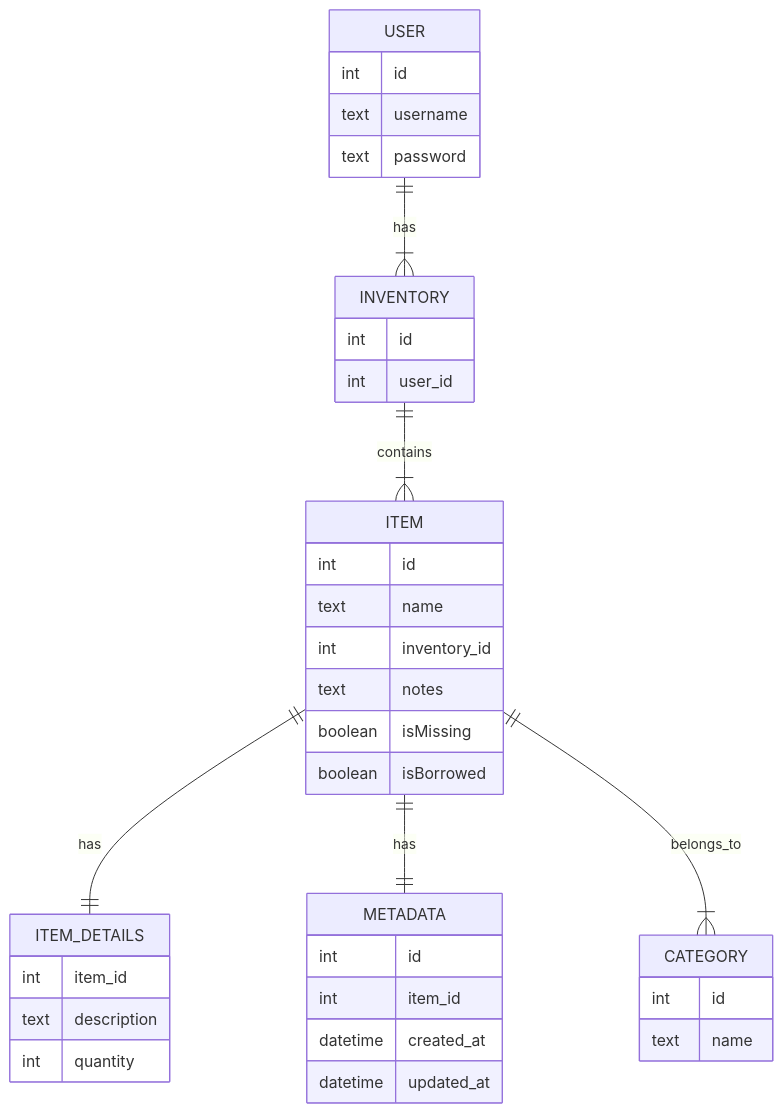
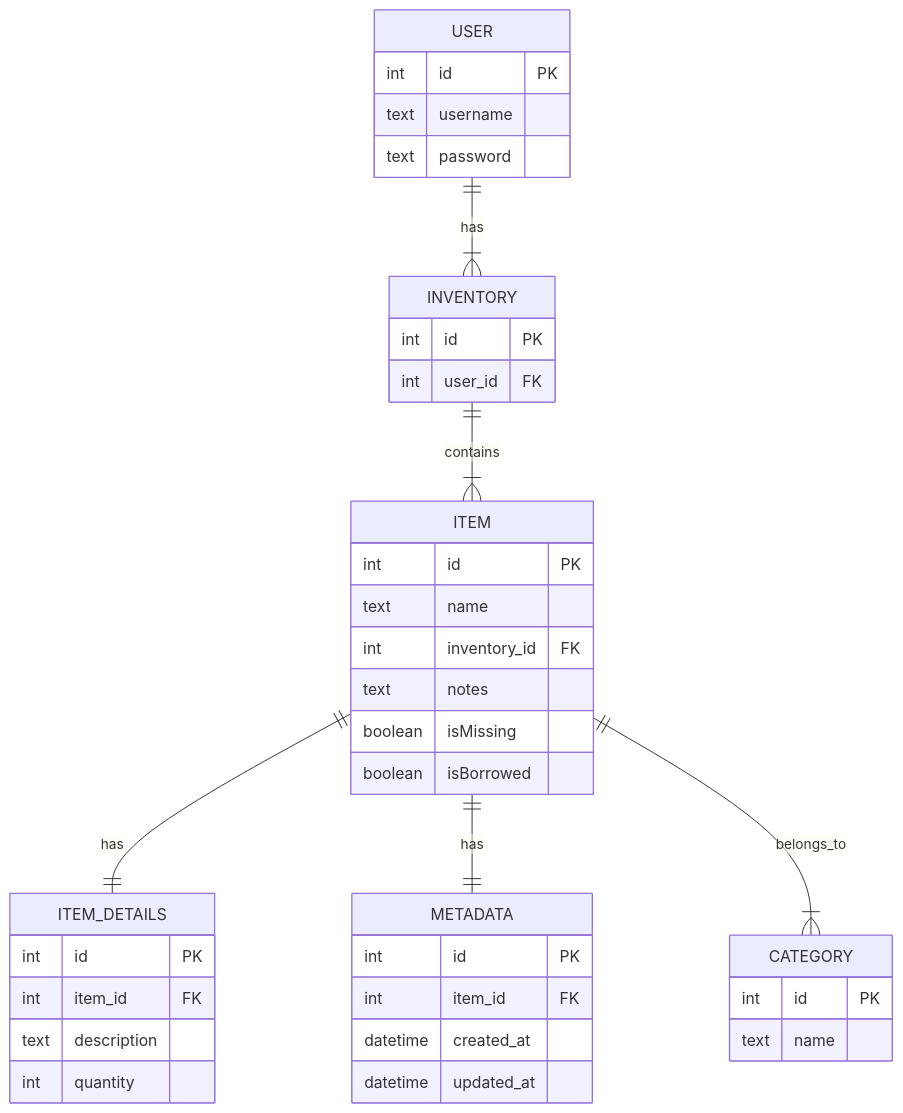
One commit to mauriciolanda4/inventory-project changed the second of 2 diagrams in README.md. Above: the diagram before and after it, drawn with Mermaid.

````diff
--- a/README.md
+++ b/README.md
@@ -46,40 +46,46 @@
 ```mermaid
 erDiagram
   USER ||--|{ INVENTORY : has
   INVENTORY ||--|{ ITEM : contains
   ITEM ||--|| ITEM_DETAILS : has
   ITEM ||--|| METADATA : has
   ITEM ||--|{ CATEGORY : belongs_to
-  USER {
-      int id
-      text username
-      text password
-  }
-  INVENTORY {
-      int id
-      int user_id
-  }
-  ITEM {
-      int id
-      text name
-      int inventory_id
-      text notes
-      boolean isMissing
-      boolean isBorrowed
-  }
-  ITEM_DETAILS {
-      int item_id
-      text description
-      int quantity
-  }
-  CATEGORY {
-      int id
-      text name
-  }
-  METADATA {
-      int id
-      int item_id
-      datetime created_at
-      datetime updated_at
-  }
+ USER {
+    int id PK
+    text username
+    text password
+}
+
+INVENTORY {
+    int id PK
+    int user_id FK
+}
+
+ITEM {
+    int id PK
+    text name
+    int inventory_id FK
+    text notes
+    boolean isMissing
+    boolean isBorrowed
+}
+
+ITEM_DETAILS {
+    int id PK
+    int item_id FK
+    text description
+    int quantity
+}
+
+METADATA {
+    int id PK
+    int item_id FK
+    datetime created_at
+    datetime updated_at
+}
+
+CATEGORY {
+    int id PK
+    text name
+}
   ```
````
